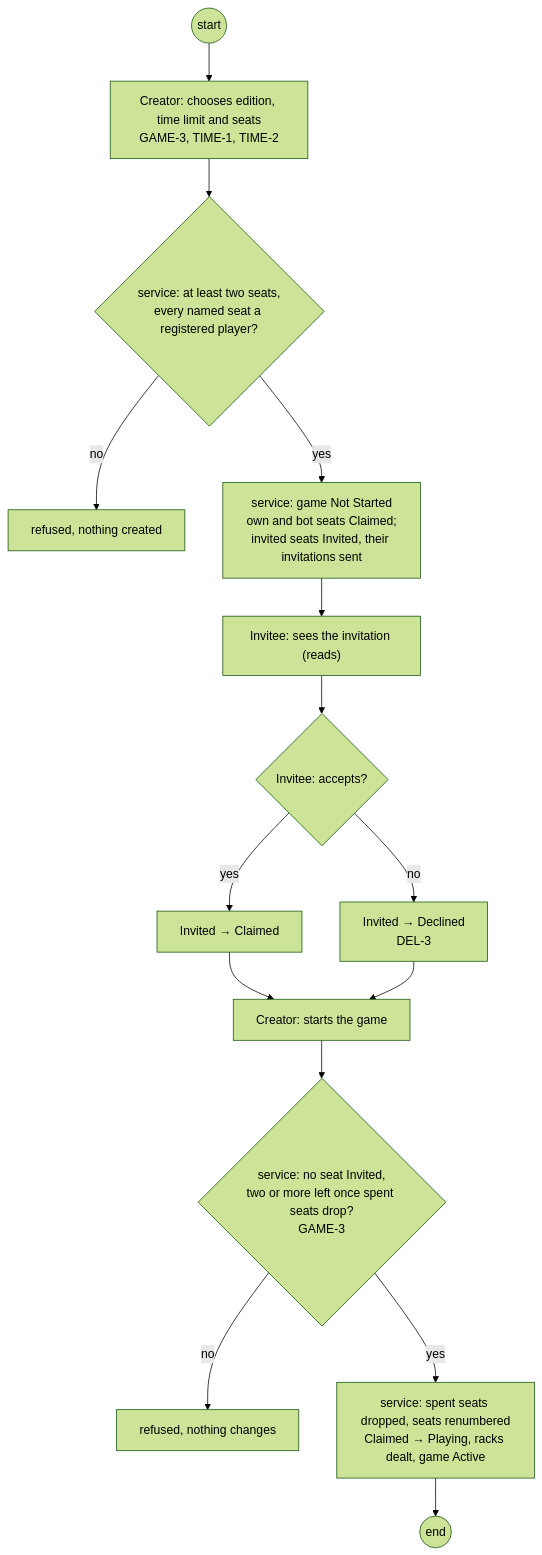
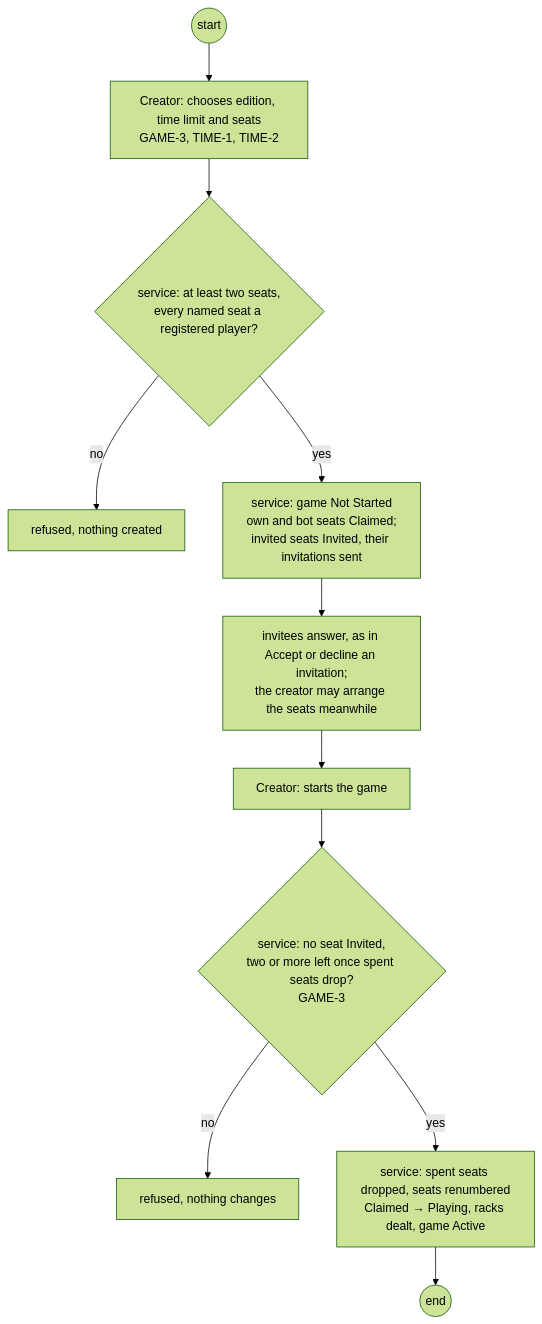
One commit to delphside/programme changed the eighth of 29 diagrams in docs/changes/workstreams/application-game-architecture/71-one-game-model/71-functional.md. Above: the diagram before and after it, drawn with Mermaid (forest theme). The commit also changed other lines of this file and 1 other file, not shown here.

````diff
--- a/docs/changes/workstreams/application-game-architecture/71-one-game-model/71-functional.md
+++ b/docs/changes/workstreams/application-game-architecture/71-one-game-model/71-functional.md
@@ -203,17 +204,13 @@
 ```mermaid
 flowchart TD
   s0((start)) --> c1["Creator: chooses edition, time limit and seats<br/>GAME-3, TIME-1, TIME-2"]
   c1 --> v1{"service: at least two seats,<br/>every named seat a registered player?"}
   v1 -- no --> r1["refused, nothing created"]
   v1 -- yes --> t1["service: game Not Started<br/>own and bot seats Claimed;<br/>invited seats Invited, their invitations sent"]
-  t1 --> i1["Invitee: sees the invitation (reads)"]
-  i1 --> d1{"Invitee: accepts?"}
-  d1 -- yes --> t2["Invited → Claimed"]
-  d1 -- no --> t3["Invited → Declined<br/>DEL-3"]
-  t2 --> c3["Creator: starts the game"]
-  t3 --> c3
+  t1 --> i1["invitees answer, as in Accept or decline an invitation;<br/>the creator may arrange the seats meanwhile"]
+  i1 --> c3["Creator: starts the game"]
   c3 --> v2{"service: no seat Invited,<br/>two or more left once spent seats drop?<br/>GAME-3"}
   v2 -- no --> r2["refused, nothing changes"]
   v2 -- yes --> t4["service: spent seats dropped, seats renumbered<br/>Claimed → Playing, racks dealt, game Active"]
   t4 --> e0((end))
 ```
````
